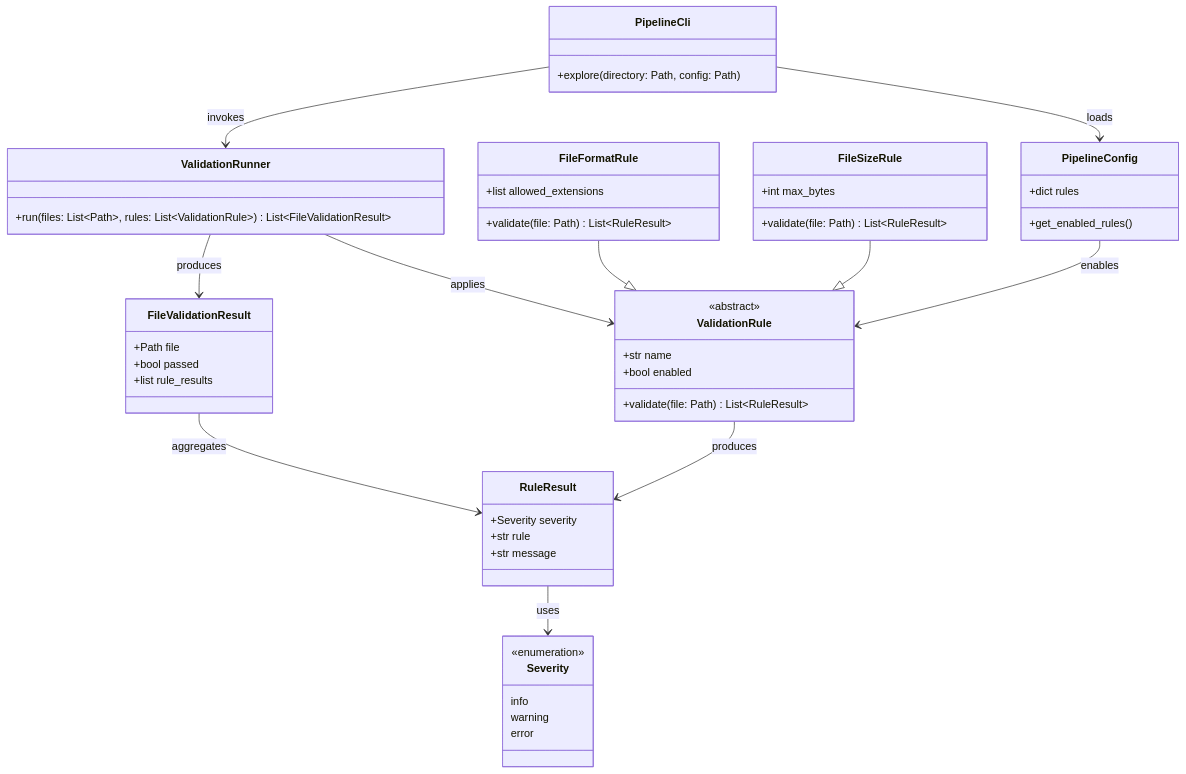
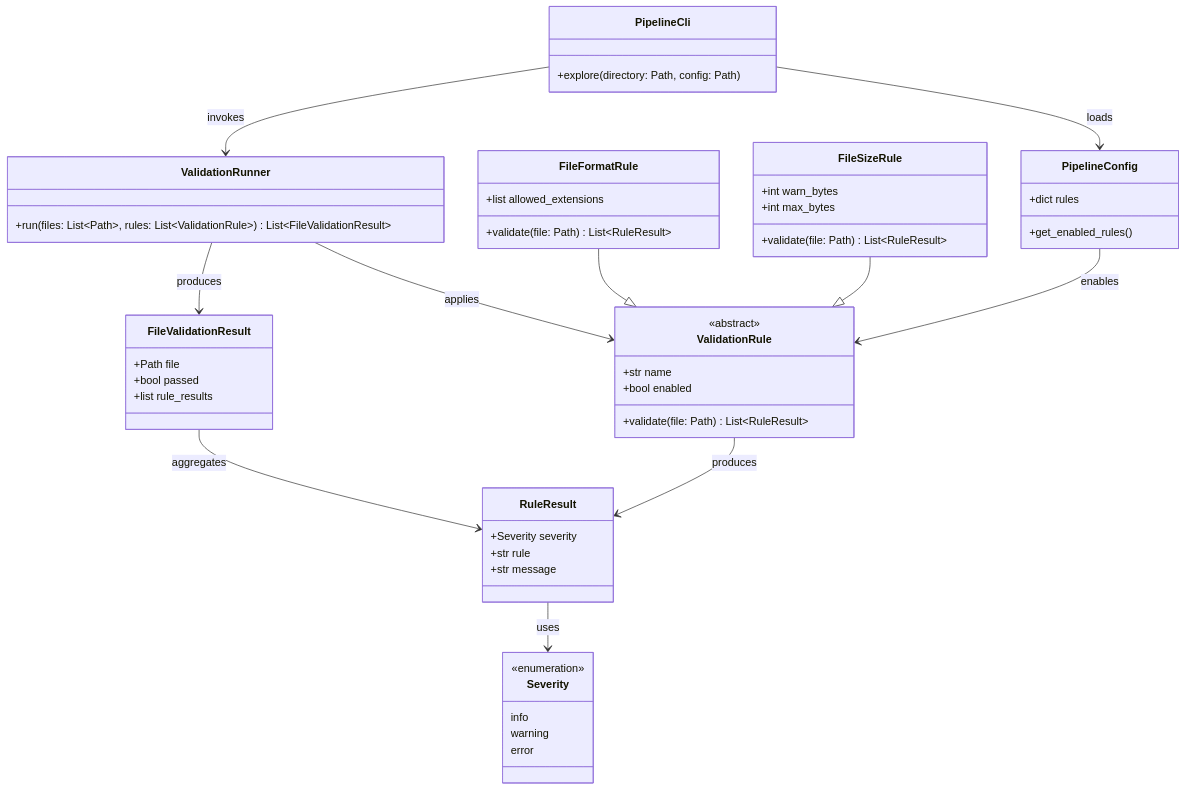
One commit to iavina/usd-unreal-pipeline changed the diagram in spdd/prompt/GGQPA-XXX-202606301030-[Feat]-cli-modular-validation.md. Above: the diagram before and after it, drawn with Mermaid. The commit also changed other lines of this file and 33 other files, not shown here.

````diff
--- a/spdd/prompt/GGQPA-XXX-202606301030-[Feat]-cli-modular-validation.md
+++ b/spdd/prompt/GGQPA-XXX-202606301030-[Feat]-cli-modular-validation.md
@@ -9,64 +9,65 @@
 ```mermaid
 classDiagram
 direction TB
 
 class PipelineCli {
     +explore(directory: Path, config: Path)
 }
 
 class PipelineConfig {
     +dict rules
     +get_enabled_rules()
 }
 
 class ValidationRule {
     <<abstract>>
     +str name
     +bool enabled
     +validate(file: Path) List~RuleResult~
 }
 
 class FileFormatRule {
     +list allowed_extensions
     +validate(file: Path) List~RuleResult~
 }
 
 class FileSizeRule {
+    +int warn_bytes
     +int max_bytes
     +validate(file: Path) List~RuleResult~
 }
 
 class RuleResult {
     +Severity severity
     +str rule
     +str message
 }
 
 class Severity {
     <<enumeration>>
     info
     warning
     error
 }
 
 class FileValidationResult {
     +Path file
     +bool passed
     +list rule_results
 }
 
 class ValidationRunner {
     +run(files: List~Path~, rules: List~ValidationRule~) List~FileValidationResult~
 }
 
 PipelineCli --> PipelineConfig : loads
 PipelineCli --> ValidationRunner : invokes
 ValidationRunner --> ValidationRule : applies
 ValidationRunner --> FileValidationResult : produces
 FileValidationResult --> RuleResult : aggregates
 FileFormatRule --|> ValidationRule
 FileSizeRule --|> ValidationRule
 ValidationRule --> RuleResult : produces
 RuleResult --> Severity : uses
 PipelineConfig --> ValidationRule : enables
 ```
````
